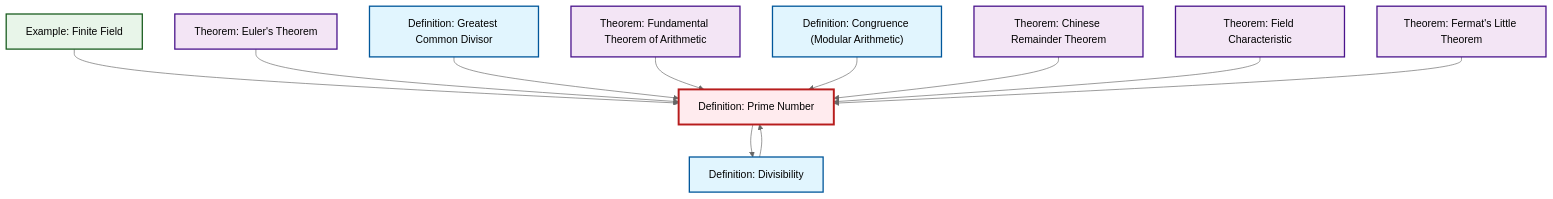
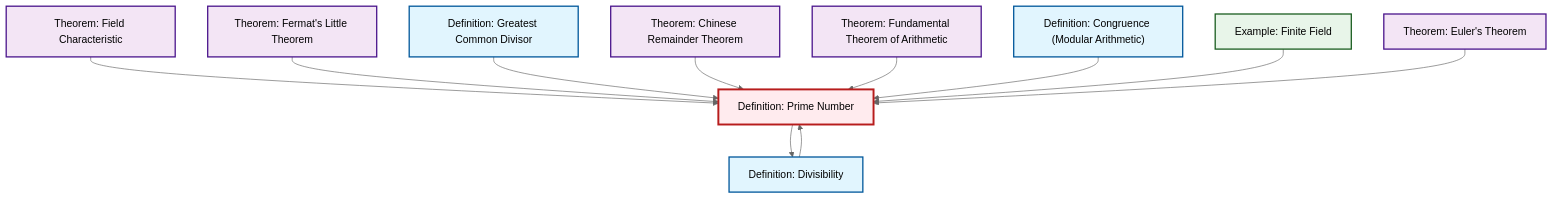
One commit to RK0429/ModernMath changed the diagram in content/ja/number-theory/def-prime.qmd. Above: the diagram before and after it, drawn with Mermaid (neutral theme). The commit also changed other lines of this file and 554 other files, not shown here.

````diff
--- a/content/ja/number-theory/def-prime.qmd
+++ b/content/ja/number-theory/def-prime.qmd
@@ -56,39 +56,39 @@
 ```{mermaid}
 %%| fig-cap: "Local dependency graph"
 graph TD
     classDef definition fill:#e1f5fe,stroke:#01579b,stroke-width:2px
     classDef theorem fill:#f3e5f5,stroke:#4a148c,stroke-width:2px
     classDef axiom fill:#fff3e0,stroke:#e65100,stroke-width:2px
     classDef example fill:#e8f5e9,stroke:#1b5e20,stroke-width:2px
     classDef current fill:#ffebee,stroke:#b71c1c,stroke-width:3px
+    def-prime["Definition: Prime Number"]:::definition
     thm-chinese-remainder["Theorem: Chinese Remainder Theorem"]:::theorem
     def-divisibility["Definition: Divisibility"]:::definition
+    thm-fundamental-arithmetic["Theorem: Fundamental Theorem of Arithmetic"]:::theorem
     ex-finite-field["Example: Finite Field"]:::example
-    thm-fundamental-arithmetic["Theorem: Fundamental Theorem of Arithmetic"]:::theorem
+    thm-field-characteristic["Theorem: Field Characteristic"]:::theorem
     thm-euler["Theorem: Euler's Theorem"]:::theorem
     thm-fermat-little["Theorem: Fermat's Little Theorem"]:::theorem
     def-congruence["Definition: Congruence (Modular Arithmetic)"]:::definition
     def-gcd["Definition: Greatest Common Divisor"]:::definition
-    thm-field-characteristic["Theorem: Field Characteristic"]:::theorem
-    def-prime["Definition: Prime Number"]:::definition
+    thm-field-characteristic --> def-prime
+    thm-fermat-little --> def-prime
+    def-gcd --> def-prime
     def-prime --> def-divisibility
+    thm-chinese-remainder --> def-prime
+    thm-fundamental-arithmetic --> def-prime
+    def-divisibility --> def-prime
+    def-congruence --> def-prime
     ex-finite-field --> def-prime
     thm-euler --> def-prime
-    def-gcd --> def-prime
-    thm-fundamental-arithmetic --> def-prime
-    def-congruence --> def-prime
-    thm-chinese-remainder --> def-prime
-    thm-field-characteristic --> def-prime
-    def-divisibility --> def-prime
-    thm-fermat-little --> def-prime
     class def-prime current
     click thm-chinese-remainder "thm-chinese-remainder.html" "Theorem: Chinese Remainder Theoremへ"
     click def-divisibility "def-divisibility.html" "Definition: Divisibilityへ"
+    click thm-fundamental-arithmetic "thm-fundamental-arithmetic.html" "Theorem: Fundamental Theorem of Arithmeticへ"
     click ex-finite-field "ex-finite-field.html" "Example: Finite Fieldへ"
-    click thm-fundamental-arithmetic "thm-fundamental-arithmetic.html" "Theorem: Fundamental Theorem of Arithmeticへ"
+    click thm-field-characteristic "thm-field-characteristic.html" "Theorem: Field Characteristicへ"
     click thm-euler "thm-euler.html" "Theorem: Euler's Theoremへ"
     click thm-fermat-little "thm-fermat-little.html" "Theorem: Fermat's Little Theoremへ"
     click def-congruence "def-congruence.html" "Definition: Congruence (Modular Arithmetic)へ"
     click def-gcd "def-gcd.html" "Definition: Greatest Common Divisorへ"
-    click thm-field-characteristic "thm-field-characteristic.html" "Theorem: Field Characteristicへ"
 ```
````
